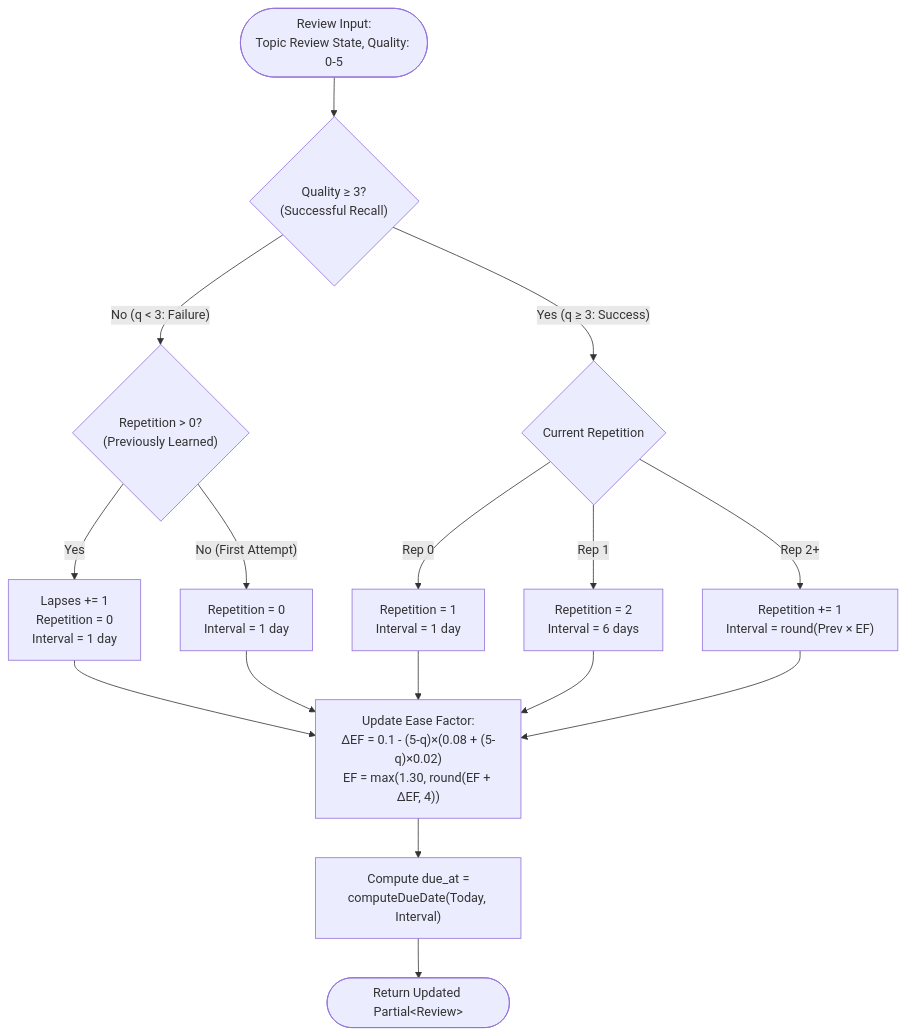
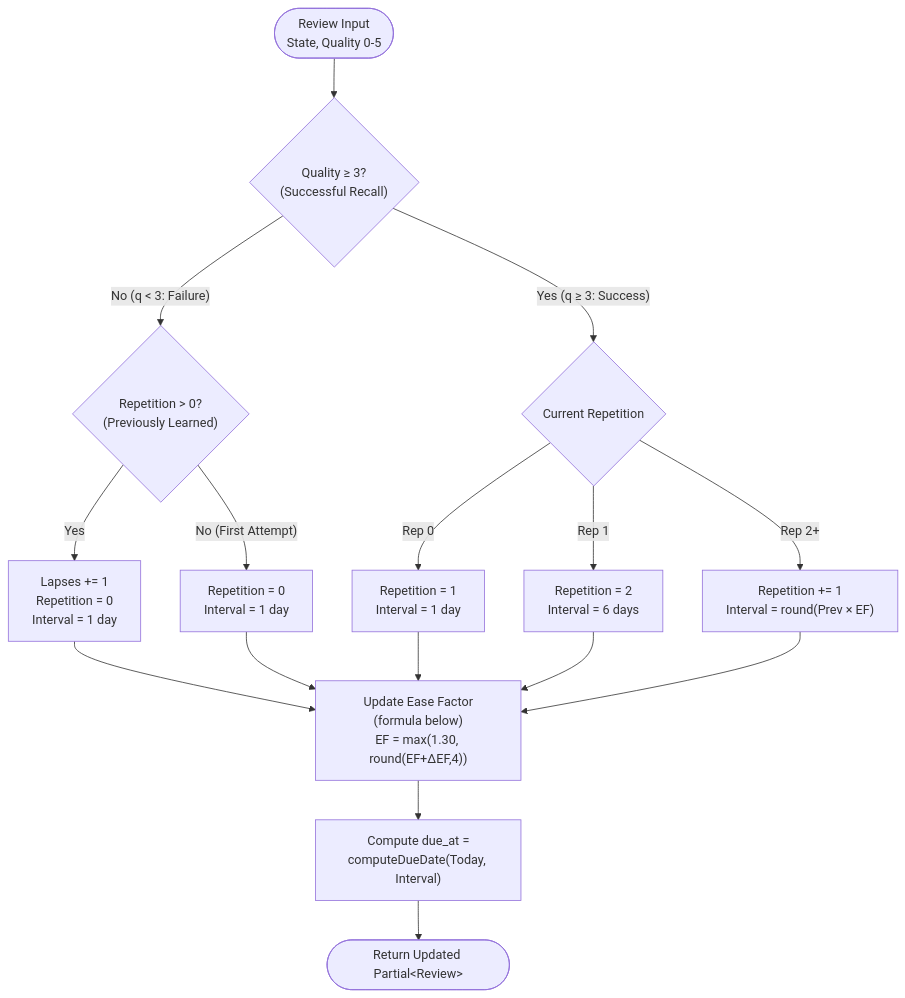
The first of 2 diagrams in docs/03-1-sm2-spaced-repetition-algorithm.md (Kuldeep2822k/cli), drawn with Mermaid before and after one commit. The commit also changed other lines of this file and 77 other files, not shown here.

````diff
--- a/docs/03-1-sm2-spaced-repetition-algorithm.md
+++ b/docs/03-1-sm2-spaced-repetition-algorithm.md
@@ -92,25 +96,25 @@
 ```mermaid
 flowchart TD
-    Start(["Review Input:<br/>Topic Review State, Quality: 0-5"]) --> CheckQ{"Quality &ge; 3?<br/>(Successful Recall)"}
+    Start(["Review Input<br/>State, Quality 0-5"]) --> CheckQ{"Quality &ge; 3?<br/>(Successful Recall)"}
     
     %% Failure Branch
     CheckQ -- "No (q &lt; 3: Failure)" --> CheckLapse{"Repetition &gt; 0?<br/>(Previously Learned)"}
     CheckLapse -- "Yes" --> LapseInc["Lapses += 1<br/>Repetition = 0<br/>Interval = 1 day"]
     CheckLapse -- "No (First Attempt)" --> LapseNoInc["Repetition = 0<br/>Interval = 1 day"]
     
     %% Success Branch
     CheckQ -- "Yes (q &ge; 3: Success)" --> CheckRep{"Current Repetition"}
     CheckRep -- "Rep 0" --> Rep1["Repetition = 1<br/>Interval = 1 day"]
     CheckRep -- "Rep 1" --> Rep2["Repetition = 2<br/>Interval = 6 days"]
     CheckRep -- "Rep 2+" --> RepN["Repetition += 1<br/>Interval = round(Prev &times; EF)"]
     
     %% Convergence & EF Update
-    LapseInc --> UpdateEF["Update Ease Factor:<br/>&Delta;EF = 0.1 - (5-q)&times;(0.08 + (5-q)&times;0.02)<br/>EF = max(1.30, round(EF + &Delta;EF, 4))"]
+    LapseInc --> UpdateEF["Update Ease Factor<br/>(formula below)<br/>EF = max(1.30, round(EF+&Delta;EF,4))"]
     LapseNoInc --> UpdateEF
     Rep1 --> UpdateEF
     Rep2 --> UpdateEF
     RepN --> UpdateEF
     
     UpdateEF --> Schedule["Compute due_at =<br/>computeDueDate(Today, Interval)"]
     Schedule --> Done(["Return Updated Partial&lt;Review&gt;"])
 ```
````
